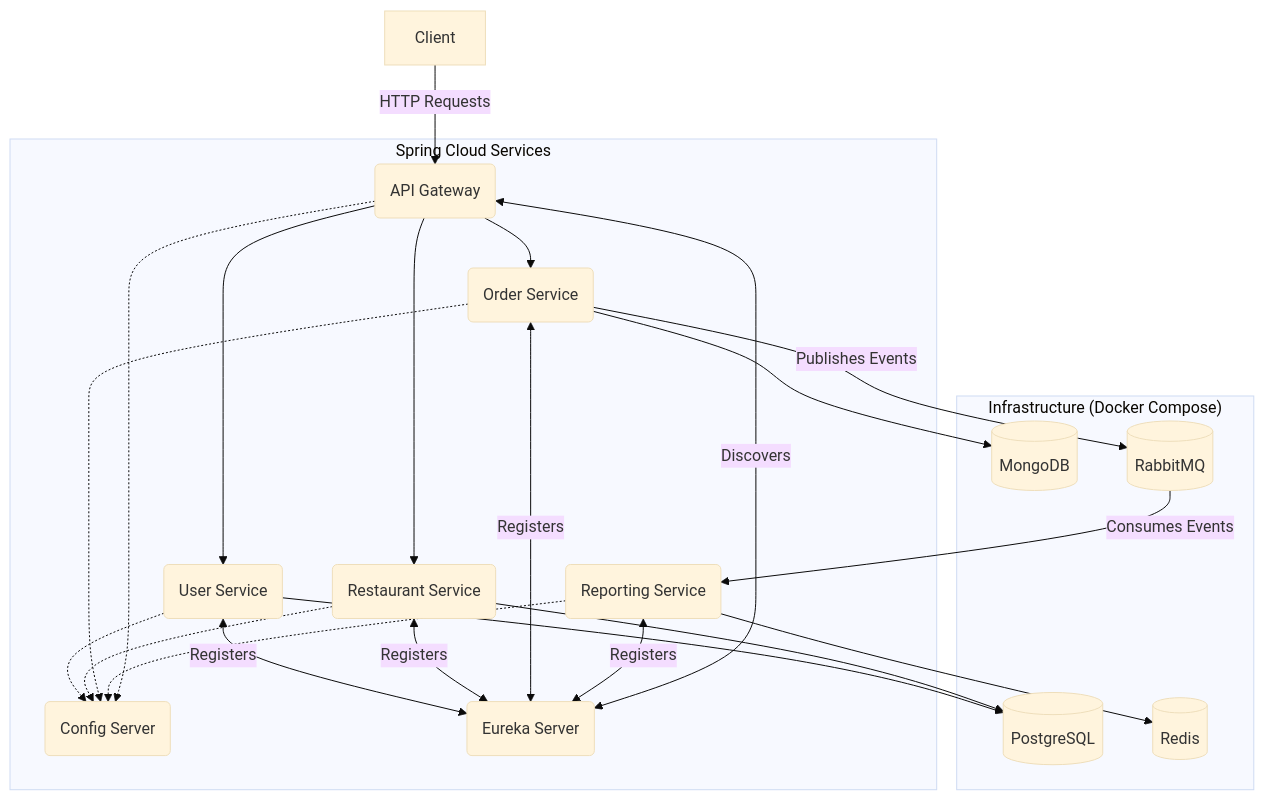
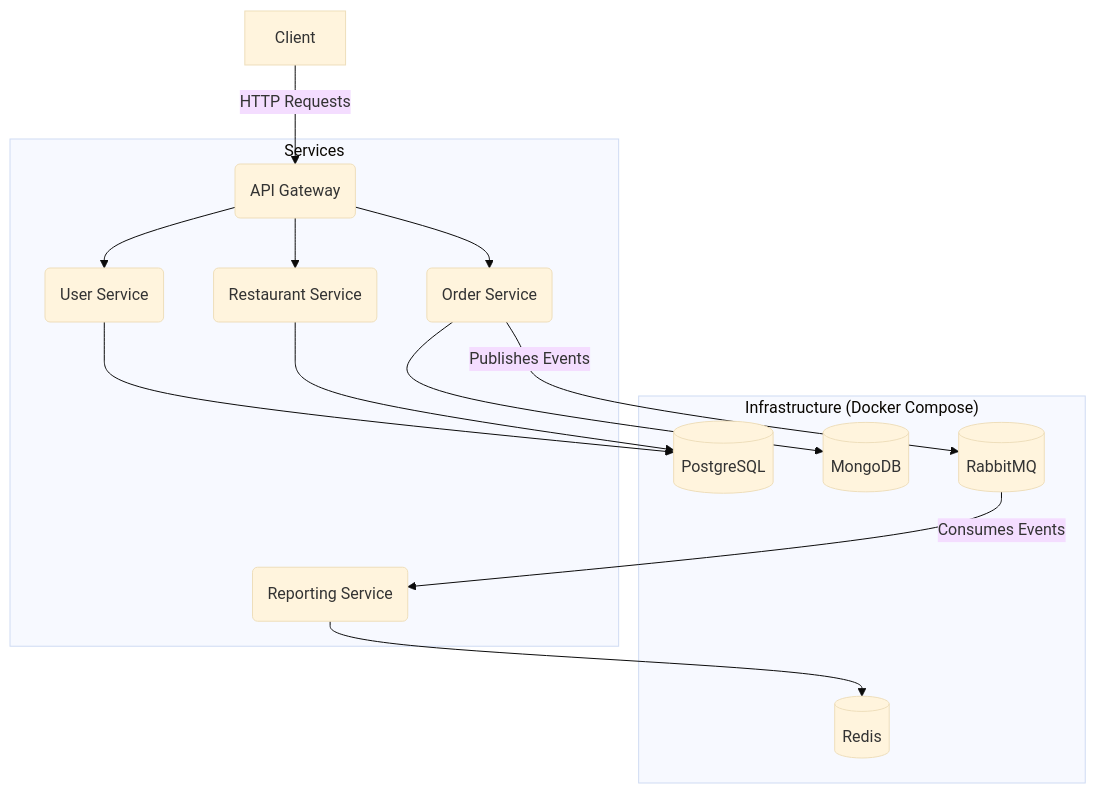
The diagram in README.md (arshmed/restraurant-management-system), drawn with Mermaid (base theme) before and after one commit. The commit also changed other lines of this file, not shown here.

````diff
--- a/README.md
+++ b/README.md
@@ -33,45 +31,31 @@
 ```mermaid
 graph TD
     subgraph "Infrastructure (Docker Compose)"
         PostgreSQL[(PostgreSQL)]
         MongoDB[(MongoDB)]
         Redis[(Redis)]
         RabbitMQ[(RabbitMQ)]
     end
 
-    subgraph "Spring Cloud Services"
-        ConfigServer(Config Server)
-        DiscoveryService(Eureka Server)
+    subgraph "Services"
         APIGateway(API Gateway)
         UserService(User Service)
         RestaurantService(Restaurant Service)
         OrderService(Order Service)
         ReportingService(Reporting Service)
     end
 
     Client -->|HTTP Requests| APIGateway
 
     APIGateway --> UserService
     APIGateway --> RestaurantService
     APIGateway --> OrderService
 
-    UserService -.-> ConfigServer
-    RestaurantService -.-> ConfigServer
-    OrderService -.-> ConfigServer
-    ReportingService -.-> ConfigServer
-    APIGateway -.-> ConfigServer
-
-    UserService <-->|Registers| DiscoveryService
-    RestaurantService <-->|Registers| DiscoveryService
-    OrderService <-->|Registers| DiscoveryService
-    ReportingService <-->|Registers| DiscoveryService
-    APIGateway <-->|Discovers| DiscoveryService
-
     UserService --> PostgreSQL
     RestaurantService --> PostgreSQL
     OrderService --> MongoDB
     ReportingService --> Redis
 
     OrderService -- Publishes Events --> RabbitMQ
     RabbitMQ -- Consumes Events --> ReportingService
 ```
````
